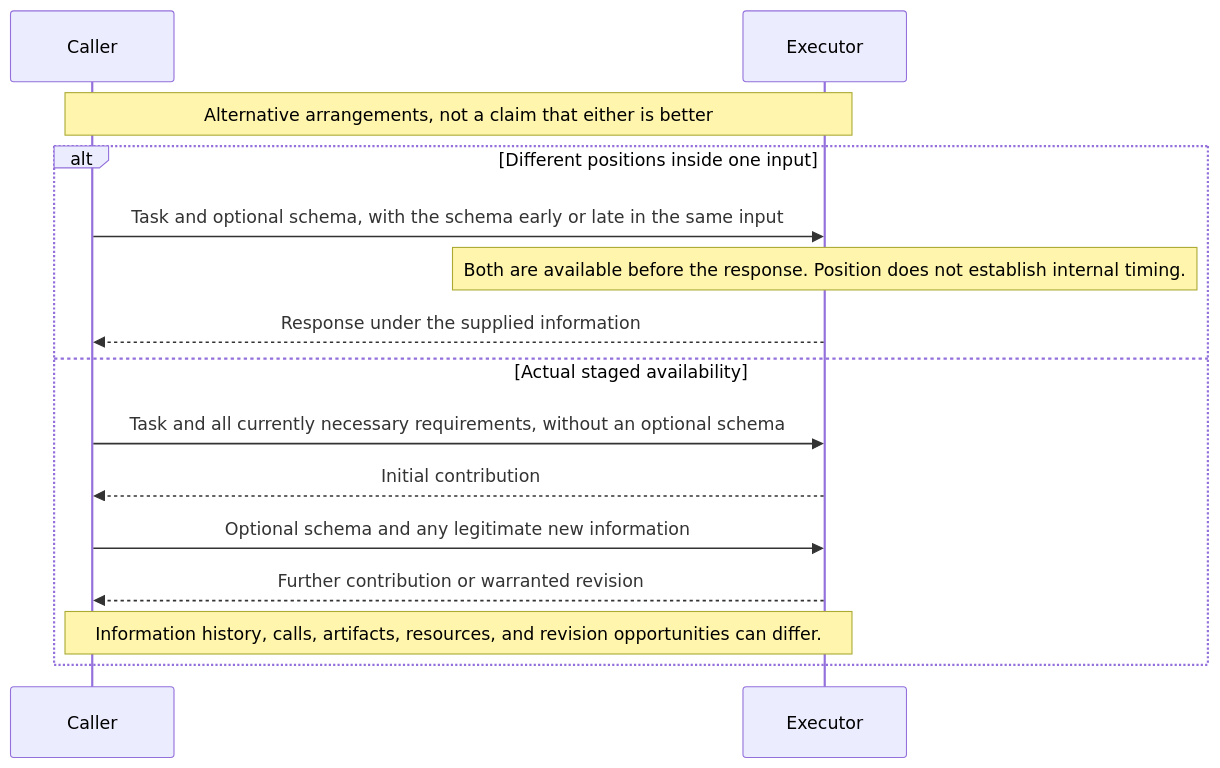
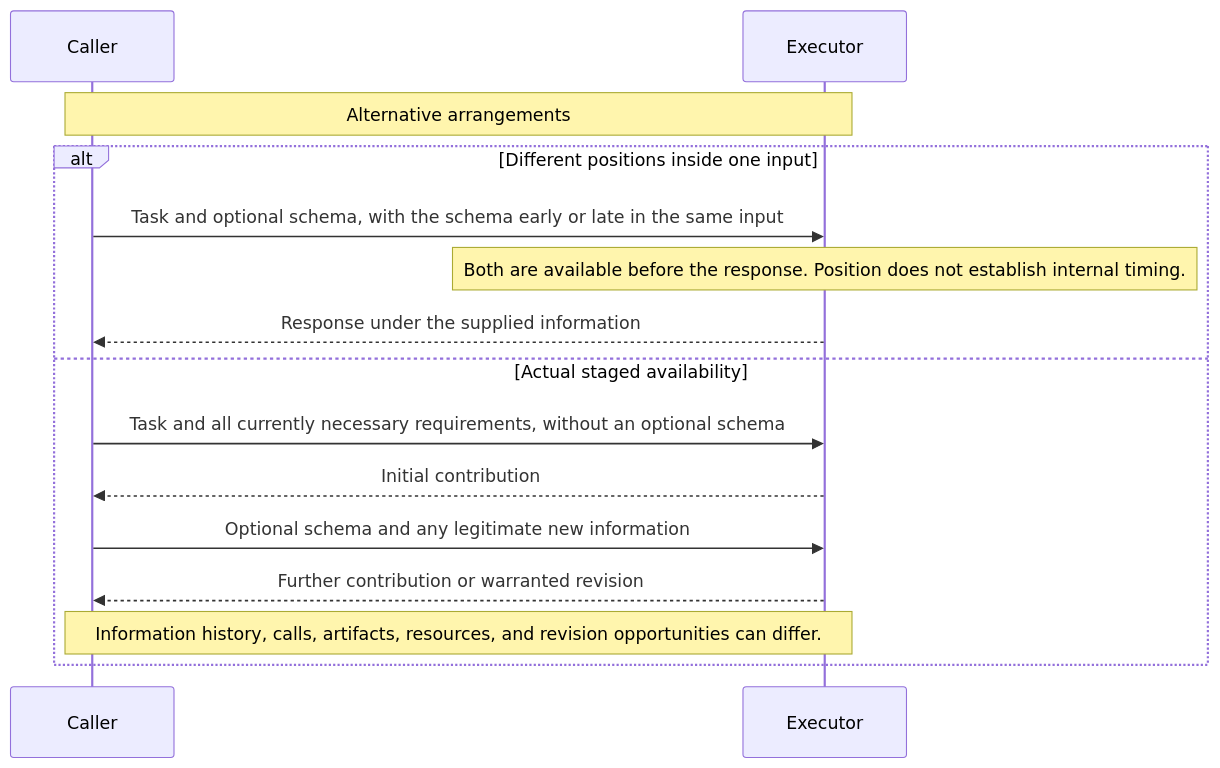
The fifth of 8 diagrams in plugins/agentic-design-and-evaluation/skills/foundational-knowledge/references/foundational-knowledge.md (DevGuyRash/agent-tooling), drawn with Mermaid before and after one commit. The commit also changed other lines of this file and 20 other files, not shown here.

````diff
--- a/plugins/agentic-design-and-evaluation/skills/foundational-knowledge/references/foundational-knowledge.md
+++ b/plugins/agentic-design-and-evaluation/skills/foundational-knowledge/references/foundational-knowledge.md
@@ -191,19 +189,19 @@
 ```mermaid
 sequenceDiagram
   participant Caller as Caller
   participant Model as Executor
 
-  Note over Caller,Model: Alternative arrangements, not a claim that either is better
+  Note over Caller,Model: Alternative arrangements
 
   alt Different positions inside one input
     Caller->>Model: Task and optional schema, with the schema early or late in the same input
     Note over Model: Both are available before the response. Position does not establish internal timing.
     Model-->>Caller: Response under the supplied information
   else Actual staged availability
     Caller->>Model: Task and all currently necessary requirements, without an optional schema
     Model-->>Caller: Initial contribution
     Caller->>Model: Optional schema and any legitimate new information
     Model-->>Caller: Further contribution or warranted revision
     Note over Caller,Model: Information history, calls, artifacts, resources, and revision opportunities can differ.
   end
 ```
````
